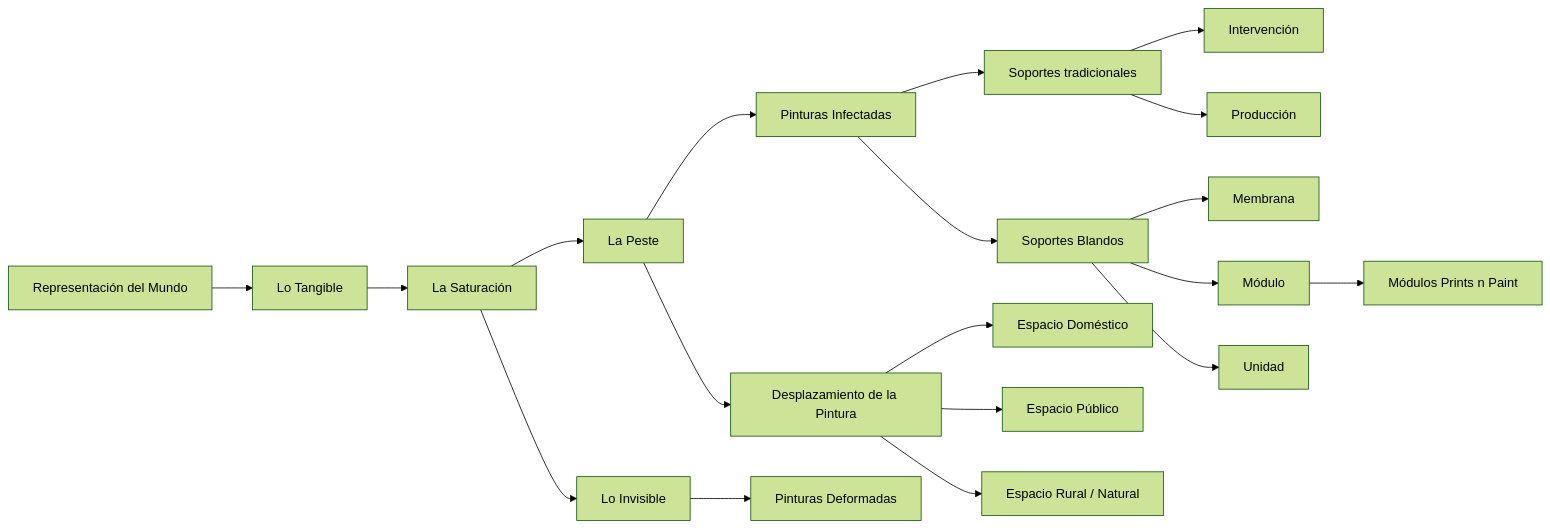
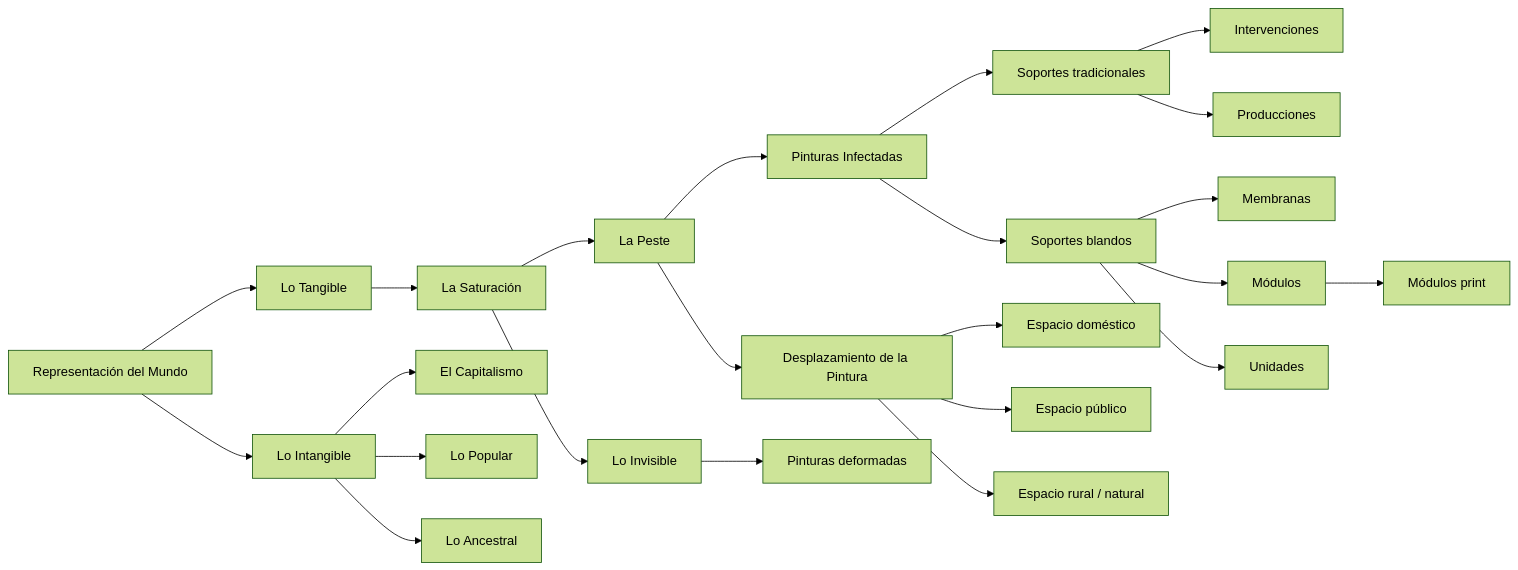
Before and after one commit to EGGS-Artesvisuales/EGGS-Artesvisuales.github.io: the diagram in ES/peste-pinturas-infectadas.md, drawn with Mermaid (forest theme). The commit also changed other lines of this file, not shown here.

```diff
--- a/ES/peste-pinturas-infectadas.md
+++ b/ES/peste-pinturas-infectadas.md
@@ -34,43 +34,72 @@
 <div class="mermaid">
-flowchart LR
-  Z["Representación del Mundo"] --> Y["Lo Tangible"]
-  Y --> A["La Saturación"]
-  A --> B["La Peste"]
-  A --> X["Lo Invisible"]
-  B --> C["Pinturas Infectadas"]
-  C --> D["Soportes tradicionales"]
-  D --> D1["Intervención"]
-  D --> D2["Producción"]
-  C --> E["Soportes Blandos"]
-  E --> E1["Membrana"]
-  E --> E2["Módulo"]
-  E --> E3["Unidad"]
-  B --> F["Desplazamiento de la Pintura"]
-  F --> F1["Espacio Doméstico"]
-  F --> F2["Espacio Público"]
-  F --> F3["Espacio Rural / Natural"]
+graph LR
+  %% Eje general de representación
+  Z[Representación del Mundo] --> Y[Lo Tangible]
+  Z --> Z2[Lo Intangible]
 
-  %% Nuevos nodos
-  X --> X1["Pinturas Deformadas"]
-  E2 --> E2a["Módulos Prints n Paint"]
+  %% Rama La Saturación / La Peste
+  Y --> A[La Saturación]
+  A --> B[La Peste]
+  A --> X[Lo Invisible]
 
-  %% Enlaces
-  click Z "/es/representacion-del-mundo.html" "Ver Representación del Mundo"
-  click Y "/es/lo-tangible.html" "Ver Lo Tangible"
-  click A "/es/saturacion.html" "Ver La Saturación"
-  click B "/es/la-peste.html" "Ver La Peste"
-  click C "/es/peste-pinturas-infectadas.html" "Ver Pinturas Infectadas"
-  click D "#soportes-tradicionales" "Ir a Soportes Tradicionales"
+  %% Pinturas Infectadas dentro de La Peste
+  B --> C[Pinturas Infectadas]
+  C --> D[Soportes tradicionales]
+  C --> E[Soportes blandos]
+
+  %% Detalle Soportes tradicionales
+  D --> D1[Intervenciones]
+  D --> D2[Producciones]
+
+  %% Detalle Soportes blandos
+  E --> E1[Membranas]
+  E --> E2[Módulos]
+  E --> E3[Unidades]
+  E2 --> E2a[Módulos print]
+
+  %% Desplazamiento de la Pintura (hermano de Pinturas Infectadas)
+  B --> F[Desplazamiento de la Pintura]
+  F --> F1[Espacio doméstico]
+  F --> F2[Espacio público]
+  F --> F3[Espacio rural / natural]
+
+  %% Derivación desde Lo Invisible
+  X --> X1[Pinturas deformadas]
+
+  %% Derivaciones emblemáticas desde Lo Intangible (hermano mayor)
+  Z2 --> Z2a[El Capitalismo]
+  Z2 --> Z2b[Lo Popular]
+  Z2 --> Z2c[Lo Ancestral]
+
+  %% Enlaces clicables – árbol general
+  click Z "/ES/mundo-exterior.html" "Ver Representación del Mundo"
+  click Y "/ES/tangible.html" "Ver Lo Tangible"
+  click Z2 "/ES/intangible.html" "Ver Lo Intangible"
+
+  click A "/ES/saturacion.html" "Ver La Saturación"
+  click B "/ES/la-peste.html" "Ver La Peste"
+  click X "/ES/lo-invisible.html" "Ver Lo Invisible"
+  click X1 "/ES/pinturas-deformadas.html" "Ver Pinturas Deformadas"
+
+  click Z2a "/ES/el-capitalismo.html" "Ver El Capitalismo"
+  click Z2b "/ES/lo-popular.html" "Ver Lo Popular"
+  click Z2c "/ES/lo-ancestral.html" "Ver Lo Ancestral"
+
+  %% Enlaces específicos de Pinturas Infectadas
+  click C "/ES/peste-pinturas-infectadas.html" "Ver Pinturas Infectadas"
+  click D "#soportes-tradicionales" "Ir a Soportes tradicionales"
   click D1 "#intervenciones" "Ir a Intervenciones"
   click D2 "#producciones" "Ir a Producciones"
-  click E "#soportes-blandos" "Ir a Soportes Blandos"
+
+  click E "#soportes-blandos" "Ir a Soportes blandos"
   click E1 "#membranas" "Ir a Membranas"
   click E2 "#modulos" "Ir a Módulos"
+  click E2a "#modulos-prints" "Ir a Módulos print"
   click E3 "#unidades" "Ir a Unidades"
-  click F "/es/desplazamiento.html" "Ver Desplazamiento de la Pintura"
-  click F1 "#espacio-domestico" "Ir a Espacio Doméstico"
-  click F2 "#espacio-publico" "Ir a Espacio Público"
-  click F3 "#espacio-rural" "Ir a Espacio Rural / Natural"
-  click X1 "/es/pinturas-deformadas.html" "Ver Pinturas Deformadas"
-  click E2a "#modulos-prints" "Ir a Módulos Prints n Paint"
+
+  %% Enlaces a Desplazamiento de la Pintura y sus ramas
+  click F "/ES/desplazamiento-pintura.html" "Ver Desplazamiento de la Pintura"
+  click F1 "/ES/espacio-domestico.html#espacio-domestico" "Ir a Espacio doméstico"
+  click F2 "/ES/espacio-publico.html#espacio-publico" "Ir a Espacio público"
+  click F3 "/ES/espacio-rural.html#espacio-rural" "Ir a Espacio rural / natural"
 </div>
```
